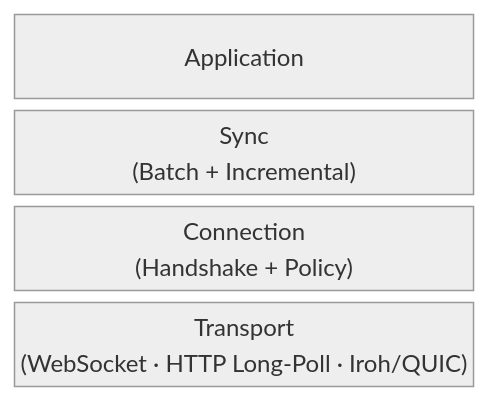
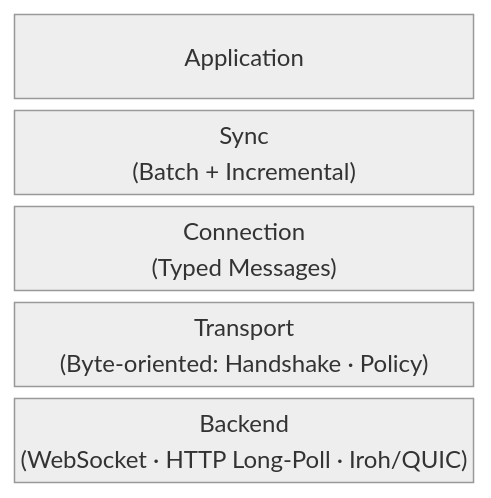
One commit to inkandswitch/subduction changed the first of 2 diagrams in design/README.md. Above: the diagram before and after it, drawn with Mermaid (neutral theme). The commit also changed other lines of this file and 104 other files, not shown here.

Commit message:
Byte-level `Transport` (#85)

````diff
--- a/design/README.md
+++ b/design/README.md
@@ -18,8 +18,9 @@
 ```mermaid
 block-beta
     columns 1
     Application
     Sync["Sync<br/>(Batch + Incremental)"]
-    Connection["Connection<br/>(Handshake + Policy)"]
-    Transport["Transport<br/>(WebSocket · HTTP Long-Poll · Iroh/QUIC)"]
+    Connection["Connection<br/>(Typed Messages)"]
+    Transport["Transport<br/>(Byte-oriented: Handshake · Policy)"]
+    Backend["Backend<br/>(WebSocket · HTTP Long-Poll · Iroh/QUIC)"]
 ```
````
